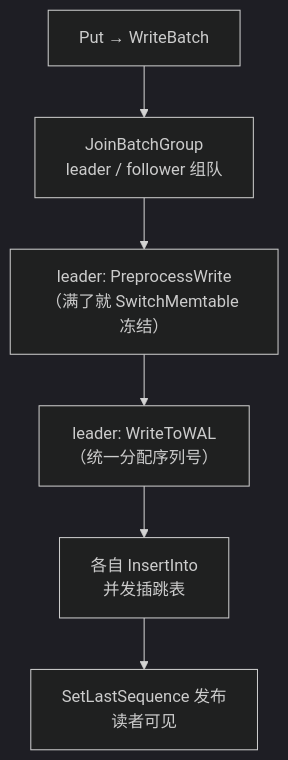
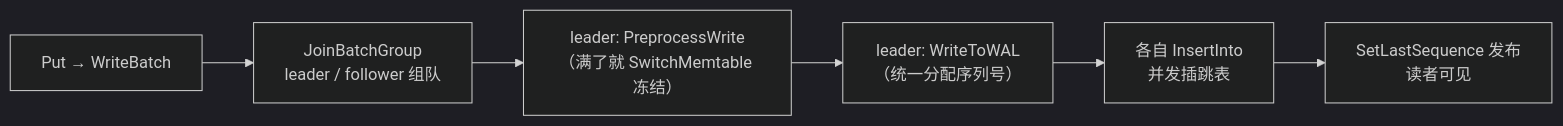
The first of 3 diagrams in doc/skiplist-1.md (QinWenYan1/KopiDB), drawn with Mermaid (dark theme) before and after one commit. The commit also changed other lines of this file, not shown here.

````diff
--- a/doc/skiplist-1.md
+++ b/doc/skiplist-1.md
@@ -59,8 +59,8 @@
 ```mermaid
-flowchart TD
+flowchart LR
     A["Put → WriteBatch"] --> B["JoinBatchGroup<br/>leader / follower 组队"]
     B --> C["leader: PreprocessWrite<br/>（满了就 SwitchMemtable 冻结）"]
     C --> D["leader: WriteToWAL<br/>（统一分配序列号）"]
     D --> E["各自 InsertInto<br/>并发插跳表"]
     E --> F["SetLastSequence 发布<br/>读者可见"]
 ```
````
